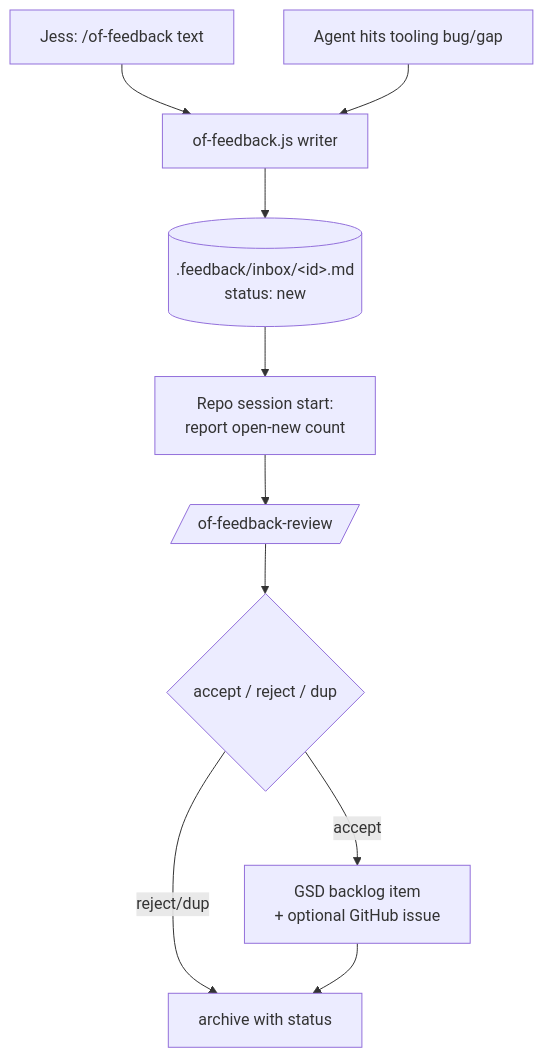
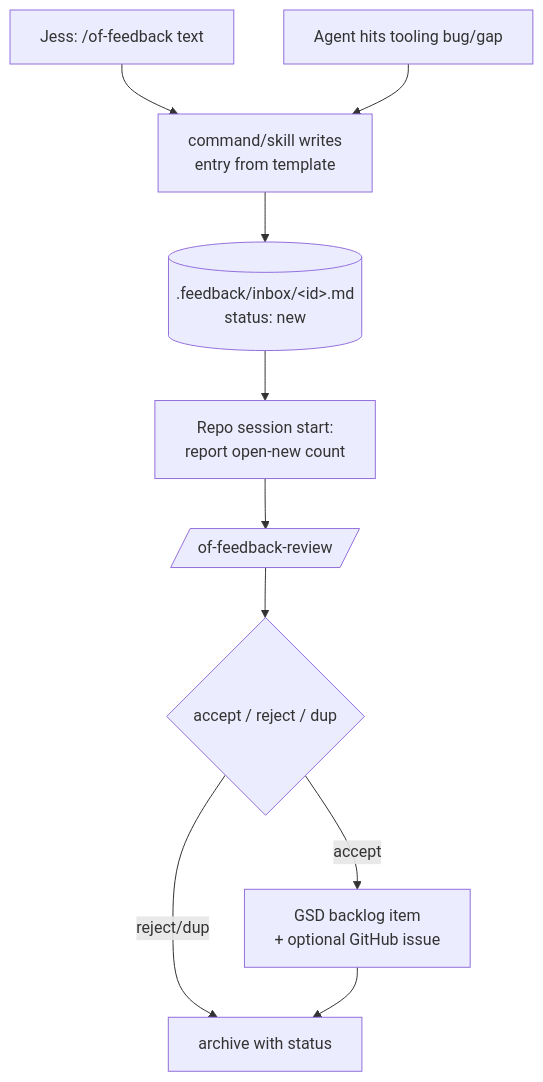
Before and after one commit to JesKingDev/omnifocus-mcp: the diagram in docs/superpowers/specs/2026-06-17-of-feedback-channel-design.md, drawn with Mermaid.

Commit message:
docs: fix of-feedback spec TL;DR to match no-Node-writer decision
Co-Authored by Jessica's AI Agent Team

````diff
--- a/docs/superpowers/specs/2026-06-17-of-feedback-channel-design.md
+++ b/docs/superpowers/specs/2026-06-17-of-feedback-channel-design.md
@@ -41,12 +41,12 @@
 ```mermaid
 flowchart TD
-  A[Jess: /of-feedback text] --> W[of-feedback.js writer]
+  A[Jess: /of-feedback text] --> W[command/skill writes<br/>entry from template]
   B[Agent hits tooling bug/gap] --> W
   W --> S[(.feedback/inbox/&lt;id&gt;.md<br/>status: new)]
   S --> N[Repo session start:<br/>report open-new count]
   N --> R[/of-feedback-review/]
   R --> D{accept / reject / dup}
   D -->|accept| G[GSD backlog item<br/>+ optional GitHub issue]
   D -->|reject/dup| X[archive with status]
   G --> X
 ```
````
